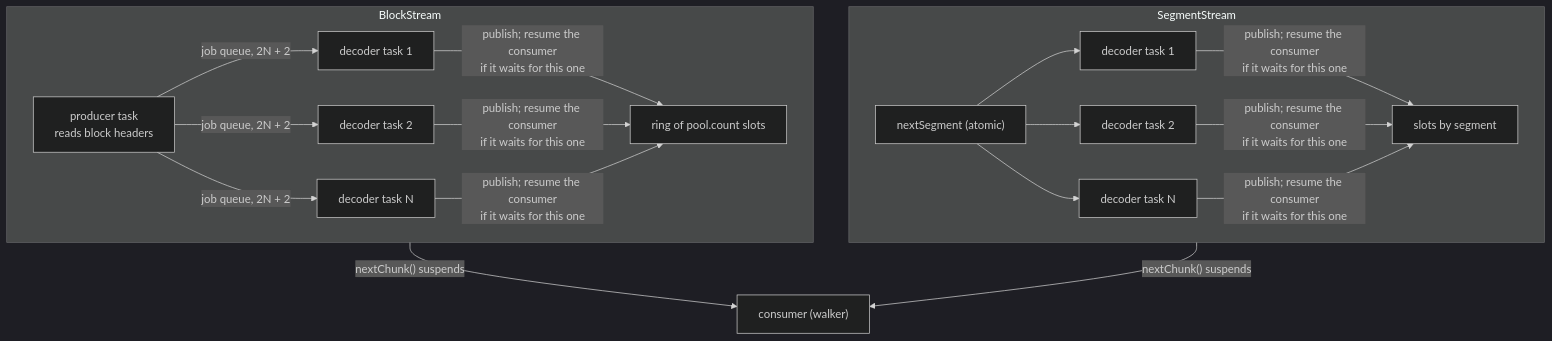
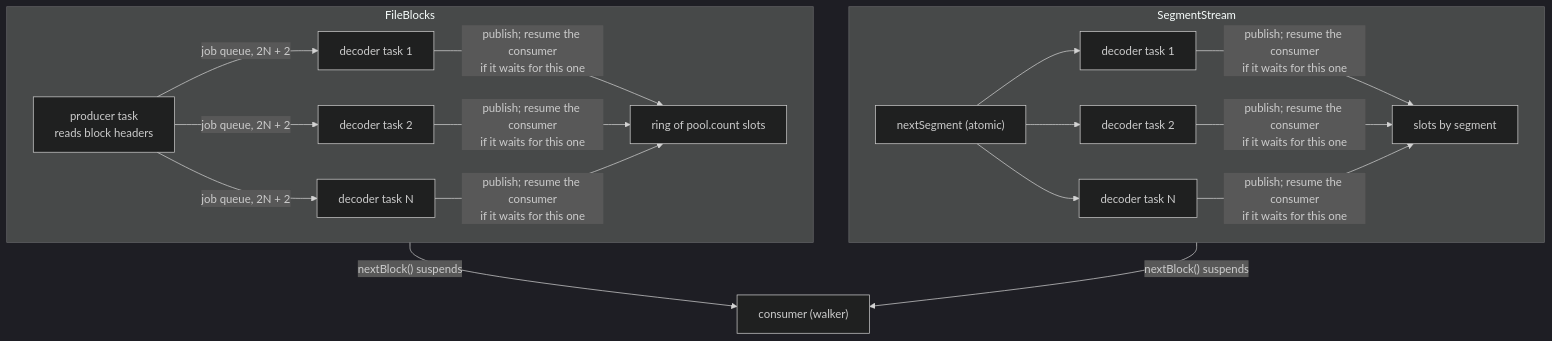
One commit to jshier/Experiments changed the second of 5 diagrams in NativeAEA/ARCHITECTURE.md. Above: the diagram before and after it, drawn with Mermaid (dark theme). The commit also changed other lines of this file and 864 other files, not shown here.

````diff
--- a/NativeAEA/ARCHITECTURE.md
+++ b/NativeAEA/ARCHITECTURE.md
@@ -183,15 +201,15 @@
 ```mermaid
 flowchart TB
     subgraph SegmentStream
         direction LR
         NS["nextSegment (atomic)"] --> D1["decoder task 1"] & D2["decoder task 2"] & DN["decoder task N"]
         D1 & D2 & DN -->|"publish; resume the consumer<br/>if it waits for this one"| SL["slots by segment"]
     end
-    subgraph BlockStream
+    subgraph FileBlocks
         direction LR
         P["producer task<br/>reads block headers"] -->|"job queue, 2N + 2"| E1["decoder task 1"] & E2["decoder task 2"] & EN["decoder task N"]
         E1 & E2 & EN -->|"publish; resume the consumer<br/>if it waits for this one"| BSL["ring of pool.count slots"]
     end
-    SL -->|"nextChunk() suspends"| C["consumer (walker)"]
-    BSL -->|"nextChunk() suspends"| C
+    SL -->|"nextBlock() suspends"| C["consumer (walker)"]
+    BSL -->|"nextBlock() suspends"| C
 ```
````
